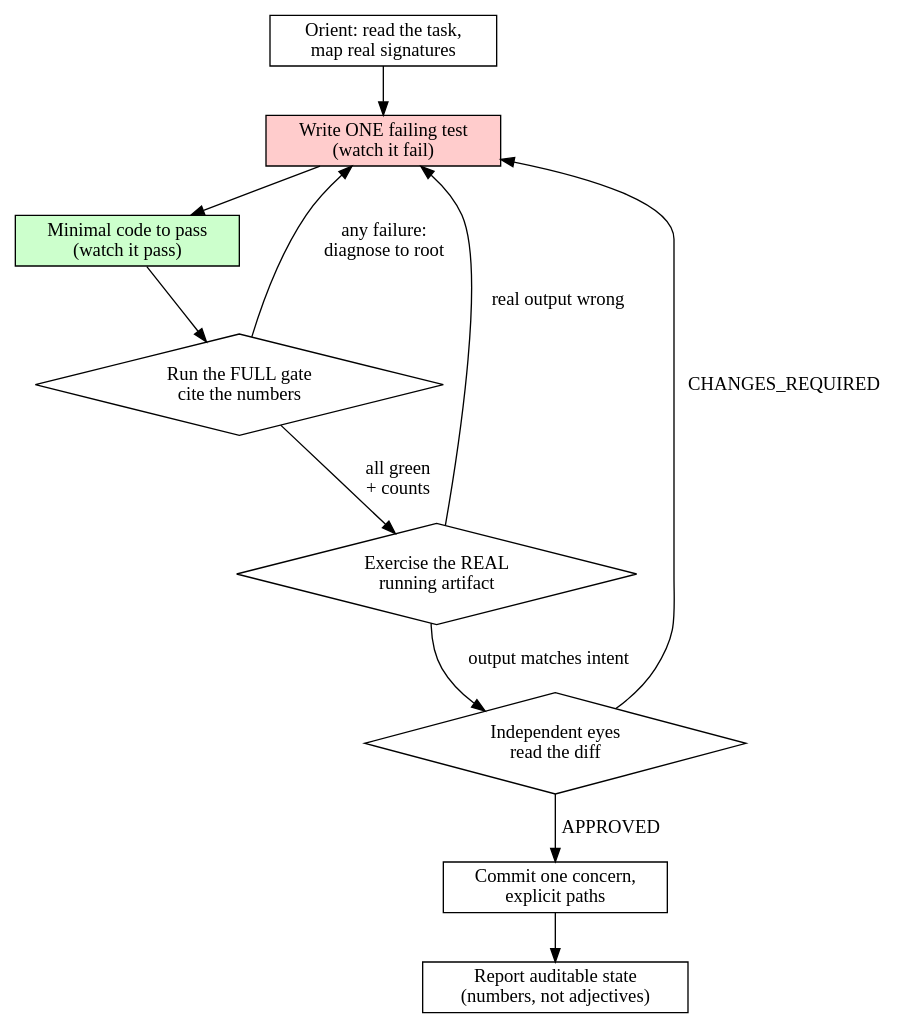
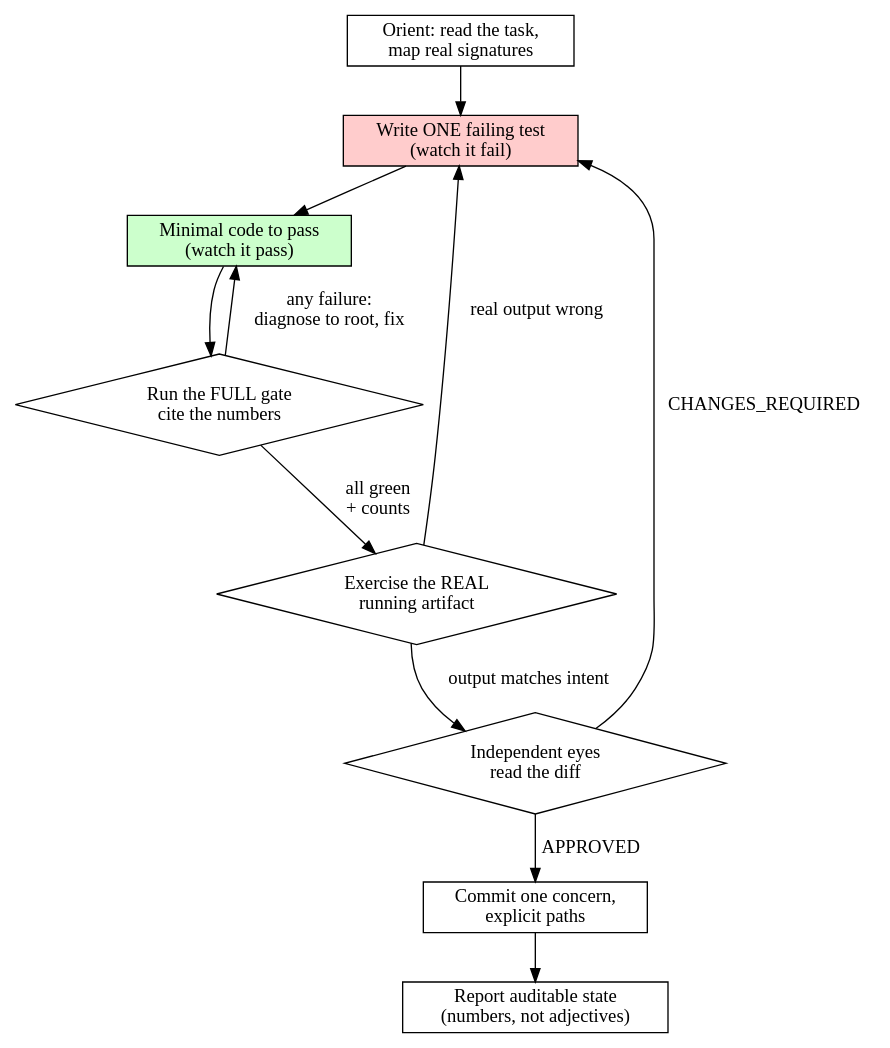
Before and after one commit to going/superpowers: the diagram in skills/disciplined-implementation/SKILL.md, drawn with Graphviz. The commit also changed other lines of this file, not shown here.

Commit message:
fix: correct gate-failure flowchart edge and rationalization-table claim
- Gate failures route to the code step (lint/build/test are fixed by
  fixing code), not back to writing a test.
- The table intro overstated provenance; only some rows are verbatim
  baseline excuses, others came from pressure testing or the source.

````diff
--- a/skills/disciplined-implementation/SKILL.md
+++ b/skills/disciplined-implementation/SKILL.md
@@ -33,22 +33,22 @@
 ```dot
 digraph disciplined {
     rankdir=TB;
     orient   [label="Orient: read the task,\nmap real signatures", shape=box];
     test     [label="Write ONE failing test\n(watch it fail)", shape=box, style=filled, fillcolor="#ffcccc"];
     code     [label="Minimal code to pass\n(watch it pass)", shape=box, style=filled, fillcolor="#ccffcc"];
     gate     [label="Run the FULL gate\ncite the numbers", shape=diamond];
     artifact [label="Exercise the REAL\nrunning artifact", shape=diamond];
     review   [label="Independent eyes\nread the diff", shape=diamond];
     commit   [label="Commit one concern,\nexplicit paths", shape=box];
     report   [label="Report auditable state\n(numbers, not adjectives)", shape=box];
 
     orient -> test -> code -> gate;
-    gate -> test [label="any failure:\ndiagnose to root"];
+    gate -> code [label="any failure:\ndiagnose to root, fix"];
     gate -> artifact [label="all green\n+ counts"];
     artifact -> review [label="output matches intent"];
     artifact -> test [label="real output wrong"];
     review -> commit [label="APPROVED"];
     review -> test [label="CHANGES_REQUIRED"];
     commit -> report;
 }
 ```
````
